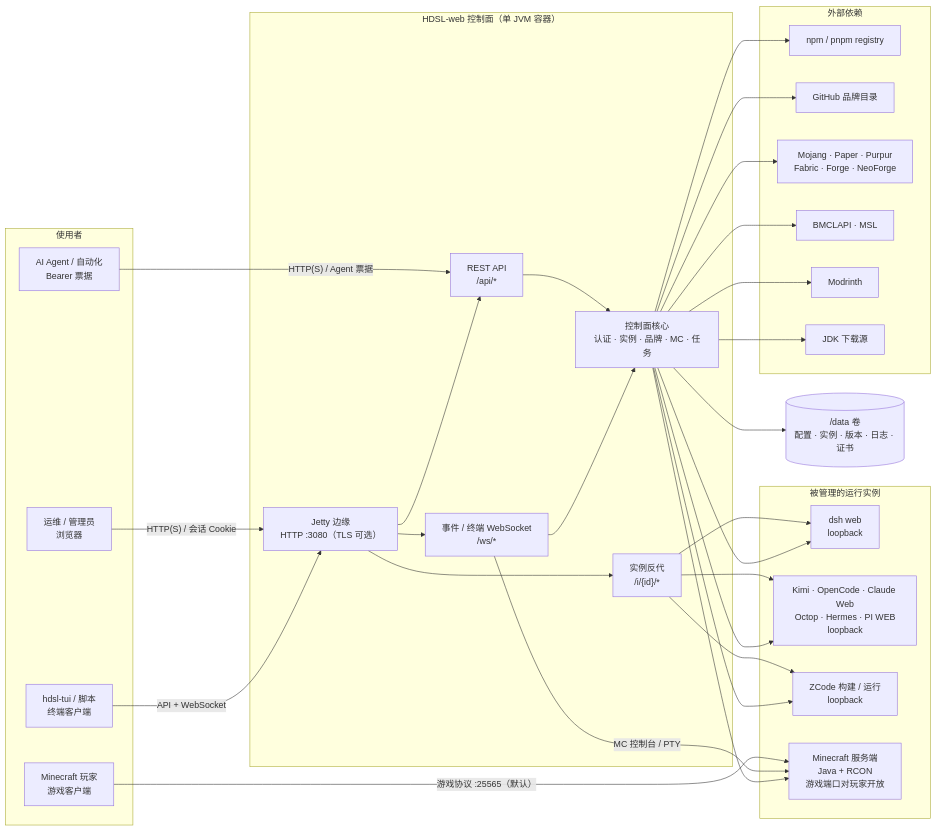
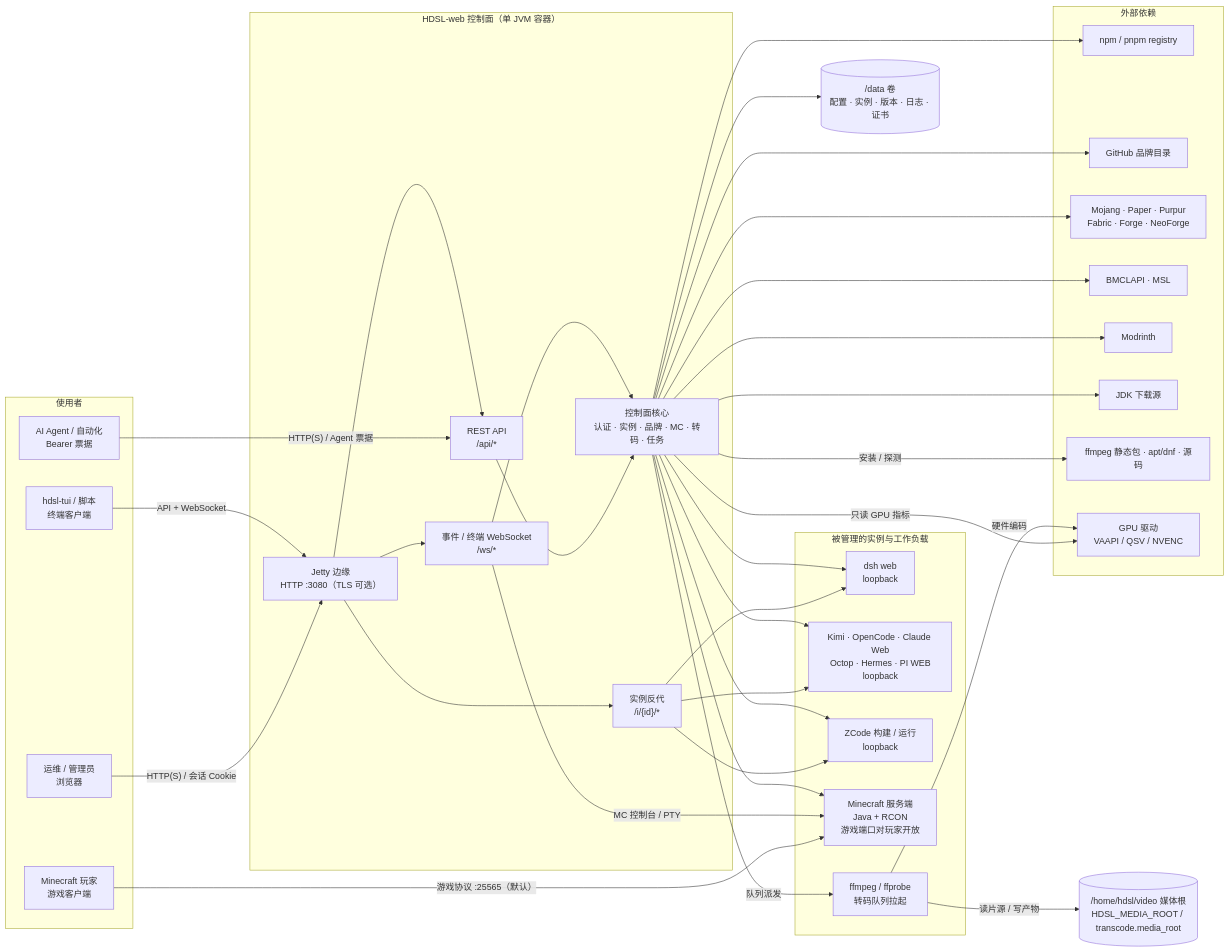
Before and after one commit to nas200-timmy/HDSL-WEB: the diagram in docs/architecture/context.md, drawn with Mermaid. The commit also changed other lines of this file and 7 other files, not shown here.

First line of the commit message:
docs(architecture): 按落地代码重画架构图并补转码流程

````diff
--- a/docs/architecture/context.md
+++ b/docs/architecture/context.md
@@ -5,60 +5,69 @@
 ```mermaid
 flowchart LR
   subgraph users["使用者"]
     op["运维 / 管理员<br/>浏览器"]
     agent["AI Agent / 自动化<br/>Bearer 票据"]
     tui["hdsl-tui / 脚本<br/>终端客户端"]
     players["Minecraft 玩家<br/>游戏客户端"]
   end
 
   subgraph panel["HDSL-web 控制面（单 JVM 容器）"]
     edge["Jetty 边缘<br/>HTTP :3080（TLS 可选）"]
     api["REST API<br/>/api/*"]
     proxy["实例反代<br/>/i/{id}/*"]
     ws["事件 / 终端 WebSocket<br/>/ws/*"]
-    control["控制面核心<br/>认证 · 实例 · 品牌 · MC · 任务"]
+    control["控制面核心<br/>认证 · 实例 · 品牌 · MC · 转码 · 任务"]
   end
 
-  subgraph instances["被管理的运行实例"]
+  subgraph instances["被管理的实例与工作负载"]
     dsh["dsh web<br/>loopback"]
     brands["Kimi · OpenCode · Claude Web<br/>Octop · Hermes · PI WEB<br/>loopback"]
     zcode["ZCode 构建 / 运行<br/>loopback"]
     mc["Minecraft 服务端<br/>Java + RCON<br/>游戏端口对玩家开放"]
+    ffmpeg["ffmpeg / ffprobe<br/>转码队列拉起"]
   end
 
   subgraph external["外部依赖"]
     npm["npm / pnpm registry"]
     gh["GitHub 品牌目录"]
     upstream["Mojang · Paper · Purpur<br/>Fabric · Forge · NeoForge"]
     mirror["BMCLAPI · MSL"]
     modrinth["Modrinth"]
     jdk["JDK 下载源"]
+    ffmpegdl["ffmpeg 静态包 · apt/dnf · 源码"]
+    gpu["GPU 驱动<br/>VAAPI / QSV / NVENC"]
   end
 
   data[("/data 卷<br/>配置 · 实例 · 版本 · 日志 · 证书")]
+  media[("/home/hdsl/video 媒体根<br/>HDSL_MEDIA_ROOT / transcode.media_root")]
 
   op -->|"HTTP(S) / 会话 Cookie"| edge
   agent -->|"HTTP(S) / Agent 票据"| api
   tui -->|"API + WebSocket"| edge
   players -->|"游戏协议 :25565（默认）"| mc
   edge --> api
   edge --> proxy
   edge --> ws
   api --> control
   ws --> control
   proxy --> dsh
   proxy --> brands
   proxy --> zcode
   ws -->|"MC 控制台 / PTY"| mc
   control --> dsh
   control --> brands
   control --> zcode
   control --> mc
+  control -->|"队列派发"| ffmpeg
+  control -->|"安装 / 探测"| ffmpegdl
+  control -->|"只读 GPU 指标"| gpu
   control --> data
   control --> npm
   control --> gh
   control --> upstream
   control --> mirror
   control --> modrinth
   control --> jdk
+  ffmpeg -->|"读片源 / 写产物"| media
+  ffmpeg -->|"硬件编码"| gpu
 ```
````
